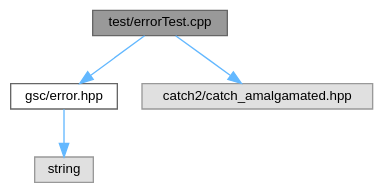
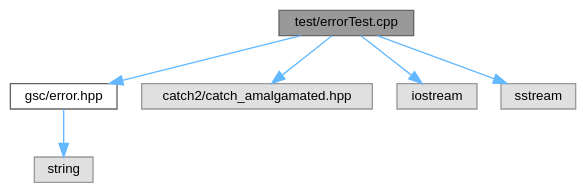
The diagram in errorTest_8cpp__incl.dot (helcsnewsxd/gsc-interpreter), drawn with Graphviz before and after one commit. The commit also changed 122 other files, not shown here.

```diff
--- a/errorTest_8cpp__incl.dot
+++ b/errorTest_8cpp__incl.dot
@@ -1,14 +1,18 @@
 digraph "test/errorTest.cpp"
 {
  // LATEX_PDF_SIZE
   bgcolor="transparent";
   edge [fontname=Helvetica,fontsize=10,labelfontname=Helvetica,labelfontsize=10];
   node [fontname=Helvetica,fontsize=10,shape=box,height=0.2,width=0.4];
   Node1 [id="Node000001",label="test/errorTest.cpp",height=0.2,width=0.4,color="gray40", fillcolor="grey60", style="filled", fontcolor="black",tooltip=" "];
   Node1 -> Node2 [id="edge1_Node000001_Node000002",color="steelblue1",style="solid",tooltip=" "];
   Node2 [id="Node000002",label="gsc/error.hpp",height=0.2,width=0.4,color="grey40", fillcolor="white", style="filled",URL="$error_8hpp.html",tooltip=" "];
   Node2 -> Node3 [id="edge2_Node000002_Node000003",color="steelblue1",style="solid",tooltip=" "];
   Node3 [id="Node000003",label="string",height=0.2,width=0.4,color="grey60", fillcolor="#E0E0E0", style="filled",tooltip=" "];
   Node1 -> Node4 [id="edge3_Node000001_Node000004",color="steelblue1",style="solid",tooltip=" "];
   Node4 [id="Node000004",label="catch2/catch_amalgamated.hpp",height=0.2,width=0.4,color="grey60", fillcolor="#E0E0E0", style="filled",tooltip=" "];
+  Node1 -> Node5 [id="edge4_Node000001_Node000005",color="steelblue1",style="solid",tooltip=" "];
+  Node5 [id="Node000005",label="iostream",height=0.2,width=0.4,color="grey60", fillcolor="#E0E0E0", style="filled",tooltip=" "];
+  Node1 -> Node6 [id="edge5_Node000001_Node000006",color="steelblue1",style="solid",tooltip=" "];
+  Node6 [id="Node000006",label="sstream",height=0.2,width=0.4,color="grey60", fillcolor="#E0E0E0", style="filled",tooltip=" "];
 }
```
